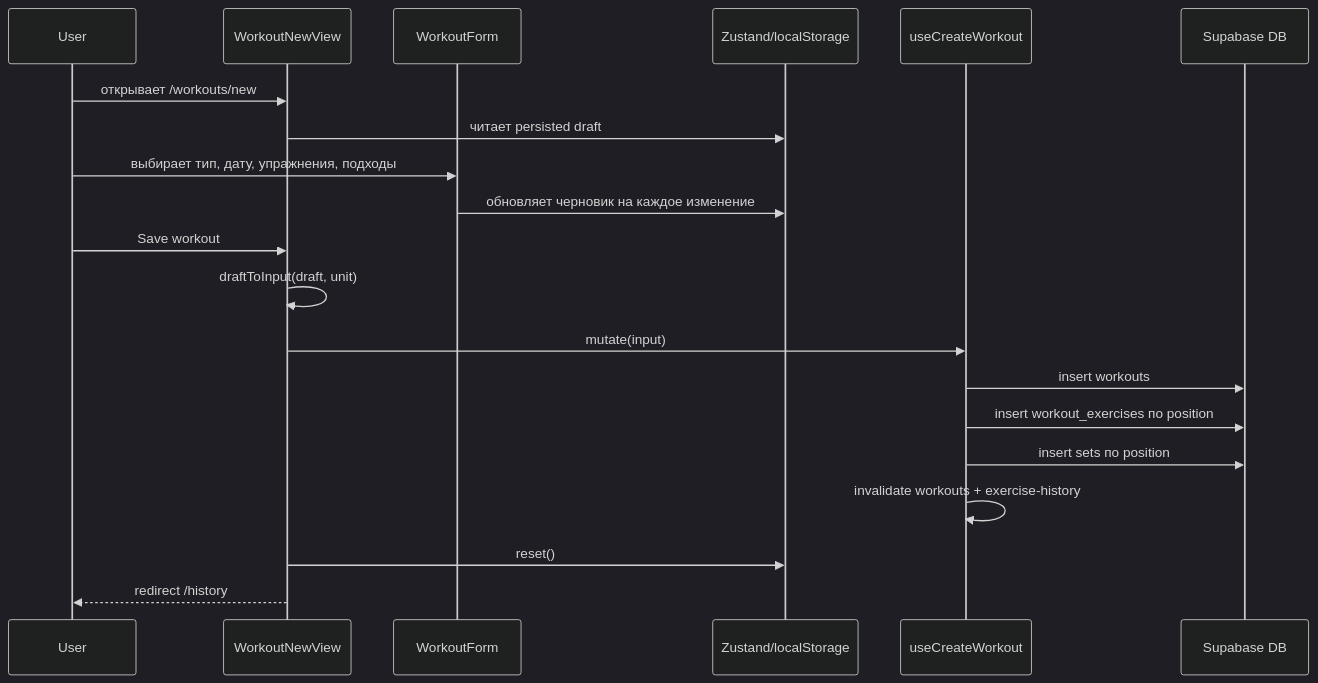
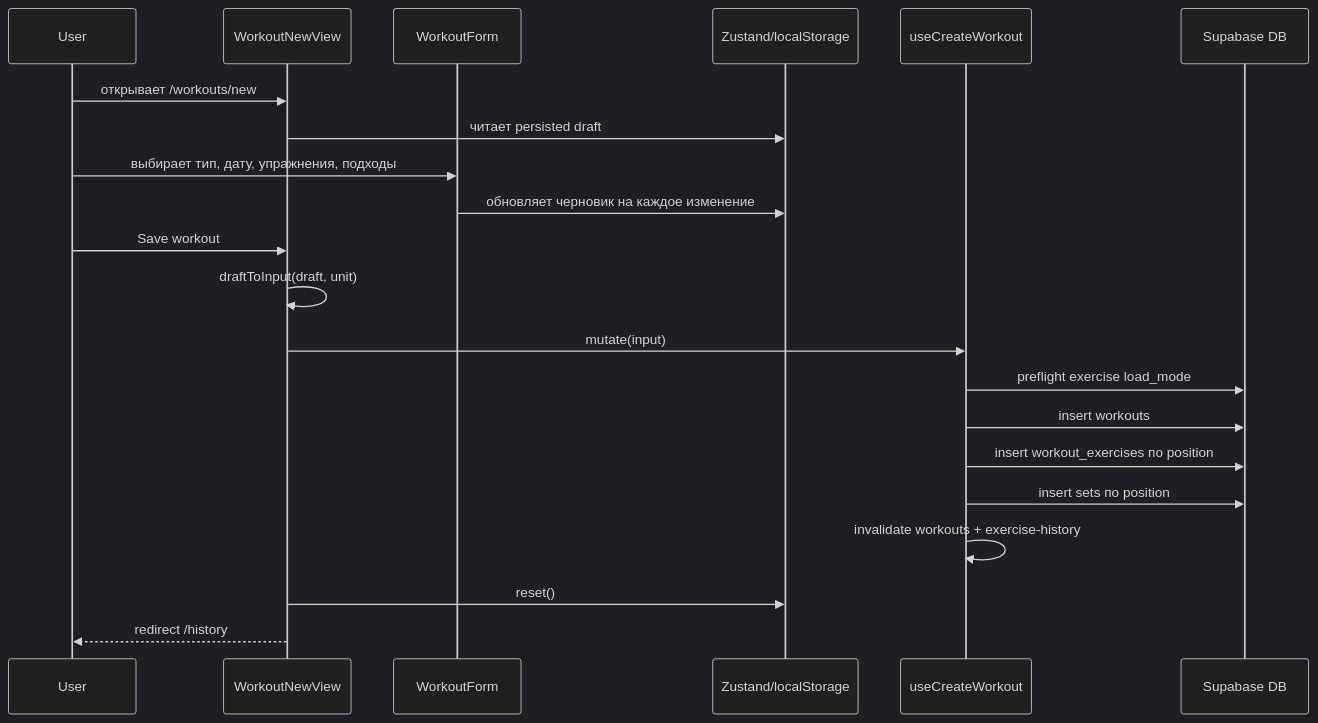
One commit to deepstructured/deep-gym changed the fifth of 6 diagrams in docs/APP_SCHEMA_RU.md. Above: the diagram before and after it, drawn with Mermaid (dark theme). The commit also changed other lines of this file and 80 other files, not shown here.

````diff
--- a/docs/APP_SCHEMA_RU.md
+++ b/docs/APP_SCHEMA_RU.md
@@ -819,23 +919,24 @@
 ```mermaid
 sequenceDiagram
   participant U as User
   participant View as WorkoutNewView
   participant Form as WorkoutForm
   participant Draft as Zustand/localStorage
   participant Hook as useCreateWorkout
   participant DB as Supabase DB
 
   U->>View: открывает /workouts/new
   View->>Draft: читает persisted draft
   U->>Form: выбирает тип, дату, упражнения, подходы
   Form->>Draft: обновляет черновик на каждое изменение
   U->>View: Save workout
   View->>View: draftToInput(draft, unit)
   View->>Hook: mutate(input)
+  Hook->>DB: preflight exercise load_mode
   Hook->>DB: insert workouts
   Hook->>DB: insert workout_exercises по position
   Hook->>DB: insert sets по position
   Hook->>Hook: invalidate workouts + exercise-history
   View->>Draft: reset()
   View-->>U: redirect /history
 ```
````
